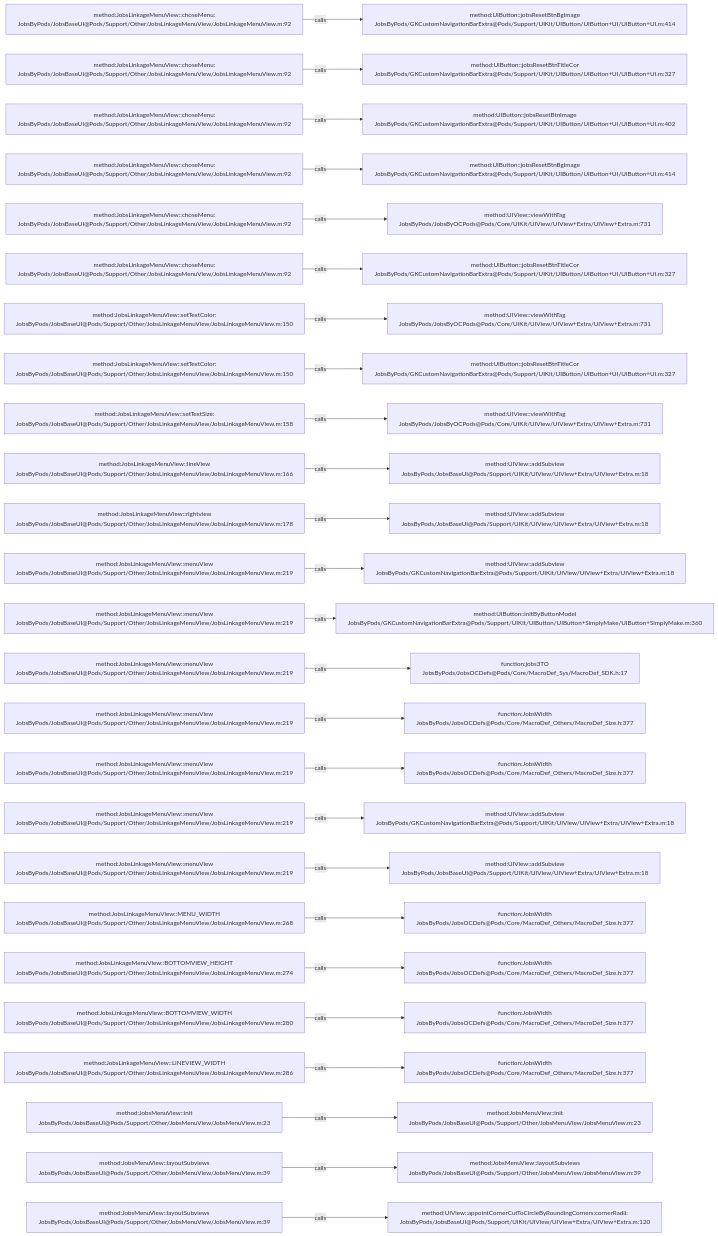
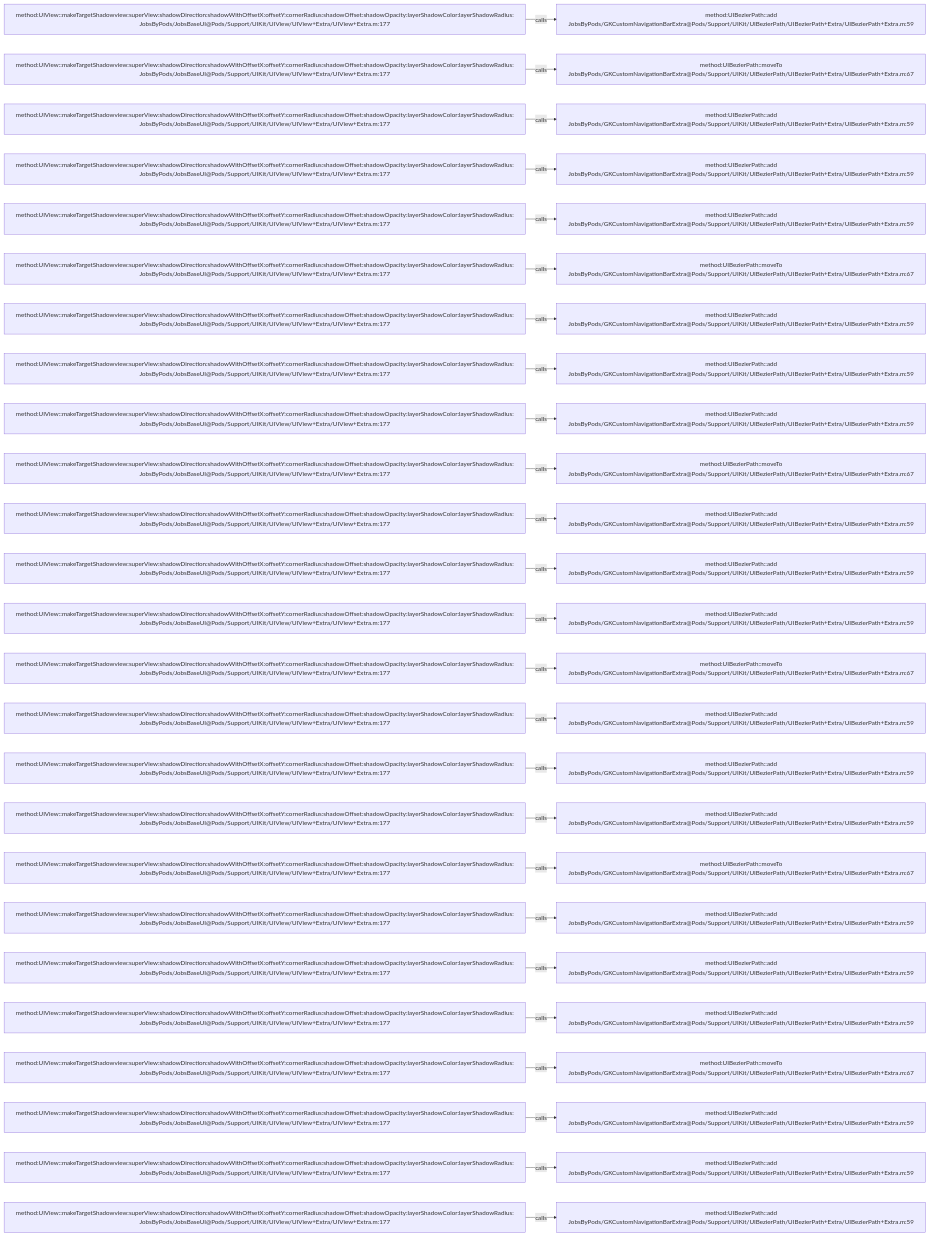
Before and after one commit to JobsKits/JobsOCBaseConfigDemo: the diagram in .codegraph/codegraph.md/graphs/calls-047.md, drawn with Mermaid. The commit also changed 1026 other files, not shown here.

````diff
--- a/.codegraph/codegraph.md/graphs/calls-047.md
+++ b/.codegraph/codegraph.md/graphs/calls-047.md
@@ -13,78 +13,78 @@
 ```mermaid
 flowchart LR
-  S1["method:JobsLinkageMenuView::choseMenu:<br/>JobsByPods/JobsBaseUI@Pods/Support/Other/JobsLinkageMenuView/JobsLinkageMenuView.m:92"]
-  T1["method:UIButton::jobsResetBtnBgImage<br/>JobsByPods/GKCustomNavigationBarExtra@Pods/Support/UIKit/UIButton/UIButton+UI/UIButton+UI.m:414"]
+  S1["method:UIView::makeTargetShadowview:superView:shadowDirection:shadowWithOffsetX:offsetY:cornerRadius:shadowOffset:shadowOpacity:layerShadowColor:layerShadowRadius:<br/>JobsByPods/JobsBaseUI@Pods/Support/UIKit/UIView/UIView+Extra/UIView+Extra.m:177"]
+  T1["method:UIBezierPath::add<br/>JobsByPods/GKCustomNavigationBarExtra@Pods/Support/UIKit/UIBezierPath/UIBezierPath+Extra/UIBezierPath+Extra.m:59"]
   S1 -->|calls| T1
-  S2["method:JobsLinkageMenuView::choseMenu:<br/>JobsByPods/JobsBaseUI@Pods/Support/Other/JobsLinkageMenuView/JobsLinkageMenuView.m:92"]
-  T2["method:UIButton::jobsResetBtnTitleCor<br/>JobsByPods/GKCustomNavigationBarExtra@Pods/Support/UIKit/UIButton/UIButton+UI/UIButton+UI.m:327"]
+  S2["method:UIView::makeTargetShadowview:superView:shadowDirection:shadowWithOffsetX:offsetY:cornerRadius:shadowOffset:shadowOpacity:layerShadowColor:layerShadowRadius:<br/>JobsByPods/JobsBaseUI@Pods/Support/UIKit/UIView/UIView+Extra/UIView+Extra.m:177"]
+  T2["method:UIBezierPath::moveTo<br/>JobsByPods/GKCustomNavigationBarExtra@Pods/Support/UIKit/UIBezierPath/UIBezierPath+Extra/UIBezierPath+Extra.m:67"]
   S2 -->|calls| T2
-  S3["method:JobsLinkageMenuView::choseMenu:<br/>JobsByPods/JobsBaseUI@Pods/Support/Other/JobsLinkageMenuView/JobsLinkageMenuView.m:92"]
-  T3["method:UIButton::jobsResetBtnImage<br/>JobsByPods/GKCustomNavigationBarExtra@Pods/Support/UIKit/UIButton/UIButton+UI/UIButton+UI.m:402"]
+  S3["method:UIView::makeTargetShadowview:superView:shadowDirection:shadowWithOffsetX:offsetY:cornerRadius:shadowOffset:shadowOpacity:layerShadowColor:layerShadowRadius:<br/>JobsByPods/JobsBaseUI@Pods/Support/UIKit/UIView/UIView+Extra/UIView+Extra.m:177"]
+  T3["method:UIBezierPath::add<br/>JobsByPods/GKCustomNavigationBarExtra@Pods/Support/UIKit/UIBezierPath/UIBezierPath+Extra/UIBezierPath+Extra.m:59"]
   S3 -->|calls| T3
-  S4["method:JobsLinkageMenuView::choseMenu:<br/>JobsByPods/JobsBaseUI@Pods/Support/Other/JobsLinkageMenuView/JobsLinkageMenuView.m:92"]
-  T4["method:UIButton::jobsResetBtnBgImage<br/>JobsByPods/GKCustomNavigationBarExtra@Pods/Support/UIKit/UIButton/UIButton+UI/UIButton+UI.m:414"]
+  S4["method:UIView::makeTargetShadowview:superView:shadowDirection:shadowWithOffsetX:offsetY:cornerRadius:shadowOffset:shadowOpacity:layerShadowColor:layerShadowRadius:<br/>JobsByPods/JobsBaseUI@Pods/Support/UIKit/UIView/UIView+Extra/UIView+Extra.m:177"]
+  T4["method:UIBezierPath::add<br/>JobsByPods/GKCustomNavigationBarExtra@Pods/Support/UIKit/UIBezierPath/UIBezierPath+Extra/UIBezierPath+Extra.m:59"]
   S4 -->|calls| T4
-  S5["method:JobsLinkageMenuView::choseMenu:<br/>JobsByPods/JobsBaseUI@Pods/Support/Other/JobsLinkageMenuView/JobsLinkageMenuView.m:92"]
-  T5["method:UIView::viewWithTag<br/>JobsByPods/JobsByOCPods@Pods/Core/UIKit/UIView/UIView+Extra/UIView+Extra.m:731"]
+  S5["method:UIView::makeTargetShadowview:superView:shadowDirection:shadowWithOffsetX:offsetY:cornerRadius:shadowOffset:shadowOpacity:layerShadowColor:layerShadowRadius:<br/>JobsByPods/JobsBaseUI@Pods/Support/UIKit/UIView/UIView+Extra/UIView+Extra.m:177"]
+  T5["method:UIBezierPath::add<br/>JobsByPods/GKCustomNavigationBarExtra@Pods/Support/UIKit/UIBezierPath/UIBezierPath+Extra/UIBezierPath+Extra.m:59"]
   S5 -->|calls| T5
-  S6["method:JobsLinkageMenuView::choseMenu:<br/>JobsByPods/JobsBaseUI@Pods/Support/Other/JobsLinkageMenuView/JobsLinkageMenuView.m:92"]
-  T6["method:UIButton::jobsResetBtnTitleCor<br/>JobsByPods/GKCustomNavigationBarExtra@Pods/Support/UIKit/UIButton/UIButton+UI/UIButton+UI.m:327"]
+  S6["method:UIView::makeTargetShadowview:superView:shadowDirection:shadowWithOffsetX:offsetY:cornerRadius:shadowOffset:shadowOpacity:layerShadowColor:layerShadowRadius:<br/>JobsByPods/JobsBaseUI@Pods/Support/UIKit/UIView/UIView+Extra/UIView+Extra.m:177"]
+  T6["method:UIBezierPath::moveTo<br/>JobsByPods/GKCustomNavigationBarExtra@Pods/Support/UIKit/UIBezierPath/UIBezierPath+Extra/UIBezierPath+Extra.m:67"]
   S6 -->|calls| T6
-  S7["method:JobsLinkageMenuView::setTextColor:<br/>JobsByPods/JobsBaseUI@Pods/Support/Other/JobsLinkageMenuView/JobsLinkageMenuView.m:150"]
-  T7["method:UIView::viewWithTag<br/>JobsByPods/JobsByOCPods@Pods/Core/UIKit/UIView/UIView+Extra/UIView+Extra.m:731"]
+  S7["method:UIView::makeTargetShadowview:superView:shadowDirection:shadowWithOffsetX:offsetY:cornerRadius:shadowOffset:shadowOpacity:layerShadowColor:layerShadowRadius:<br/>JobsByPods/JobsBaseUI@Pods/Support/UIKit/UIView/UIView+Extra/UIView+Extra.m:177"]
+  T7["method:UIBezierPath::add<br/>JobsByPods/GKCustomNavigationBarExtra@Pods/Support/UIKit/UIBezierPath/UIBezierPath+Extra/UIBezierPath+Extra.m:59"]
   S7 -->|calls| T7
-  S8["method:JobsLinkageMenuView::setTextColor:<br/>JobsByPods/JobsBaseUI@Pods/Support/Other/JobsLinkageMenuView/JobsLinkageMenuView.m:150"]
-  T8["method:UIButton::jobsResetBtnTitleCor<br/>JobsByPods/GKCustomNavigationBarExtra@Pods/Support/UIKit/UIButton/UIButton+UI/UIButton+UI.m:327"]
+  S8["method:UIView::makeTargetShadowview:superView:shadowDirection:shadowWithOffsetX:offsetY:cornerRadius:shadowOffset:shadowOpacity:layerShadowColor:layerShadowRadius:<br/>JobsByPods/JobsBaseUI@Pods/Support/UIKit/UIView/UIView+Extra/UIView+Extra.m:177"]
+  T8["method:UIBezierPath::add<br/>JobsByPods/GKCustomNavigationBarExtra@Pods/Support/UIKit/UIBezierPath/UIBezierPath+Extra/UIBezierPath+Extra.m:59"]
   S8 -->|calls| T8
-  S9["method:JobsLinkageMenuView::setTextSize:<br/>JobsByPods/JobsBaseUI@Pods/Support/Other/JobsLinkageMenuView/JobsLinkageMenuView.m:158"]
-  T9["method:UIView::viewWithTag<br/>JobsByPods/JobsByOCPods@Pods/Core/UIKit/UIView/UIView+Extra/UIView+Extra.m:731"]
+  S9["method:UIView::makeTargetShadowview:superView:shadowDirection:shadowWithOffsetX:offsetY:cornerRadius:shadowOffset:shadowOpacity:layerShadowColor:layerShadowRadius:<br/>JobsByPods/JobsBaseUI@Pods/Support/UIKit/UIView/UIView+Extra/UIView+Extra.m:177"]
+  T9["method:UIBezierPath::add<br/>JobsByPods/GKCustomNavigationBarExtra@Pods/Support/UIKit/UIBezierPath/UIBezierPath+Extra/UIBezierPath+Extra.m:59"]
   S9 -->|calls| T9
-  S10["method:JobsLinkageMenuView::lineView<br/>JobsByPods/JobsBaseUI@Pods/Support/Other/JobsLinkageMenuView/JobsLinkageMenuView.m:166"]
-  T10["method:UIView::addSubview<br/>JobsByPods/JobsBaseUI@Pods/Support/UIKit/UIView/UIView+Extra/UIView+Extra.m:18"]
+  S10["method:UIView::makeTargetShadowview:superView:shadowDirection:shadowWithOffsetX:offsetY:cornerRadius:shadowOffset:shadowOpacity:layerShadowColor:layerShadowRadius:<br/>JobsByPods/JobsBaseUI@Pods/Support/UIKit/UIView/UIView+Extra/UIView+Extra.m:177"]
+  T10["method:UIBezierPath::moveTo<br/>JobsByPods/GKCustomNavigationBarExtra@Pods/Support/UIKit/UIBezierPath/UIBezierPath+Extra/UIBezierPath+Extra.m:67"]
   S10 -->|calls| T10
-  S11["method:JobsLinkageMenuView::rightview<br/>JobsByPods/JobsBaseUI@Pods/Support/Other/JobsLinkageMenuView/JobsLinkageMenuView.m:178"]
-  T11["method:UIView::addSubview<br/>JobsByPods/JobsBaseUI@Pods/Support/UIKit/UIView/UIView+Extra/UIView+Extra.m:18"]
+  S11["method:UIView::makeTargetShadowview:superView:shadowDirection:shadowWithOffsetX:offsetY:cornerRadius:shadowOffset:shadowOpacity:layerShadowColor:layerShadowRadius:<br/>JobsByPods/JobsBaseUI@Pods/Support/UIKit/UIView/UIView+Extra/UIView+Extra.m:177"]
+  T11["method:UIBezierPath::add<br/>JobsByPods/GKCustomNavigationBarExtra@Pods/Support/UIKit/UIBezierPath/UIBezierPath+Extra/UIBezierPath+Extra.m:59"]
   S11 -->|calls| T11
-  S12["method:JobsLinkageMenuView::menuView<br/>JobsByPods/JobsBaseUI@Pods/Support/Other/JobsLinkageMenuView/JobsLinkageMenuView.m:219"]
-  T12["method:UIView::addSubview<br/>JobsByPods/GKCustomNavigationBarExtra@Pods/Support/UIKit/UIView/UIView+Extra/UIView+Extra.m:18"]
+  S12["method:UIView::makeTargetShadowview:superView:shadowDirection:shadowWithOffsetX:offsetY:cornerRadius:shadowOffset:shadowOpacity:layerShadowColor:layerShadowRadius:<br/>JobsByPods/JobsBaseUI@Pods/Support/UIKit/UIView/UIView+Extra/UIView+Extra.m:177"]
+  T12["method:UIBezierPath::add<br/>JobsByPods/GKCustomNavigationBarExtra@Pods/Support/UIKit/UIBezierPath/UIBezierPath+Extra/UIBezierPath+Extra.m:59"]
   S12 -->|calls| T12
-  S13["method:JobsLinkageMenuView::menuView<br/>JobsByPods/JobsBaseUI@Pods/Support/Other/JobsLinkageMenuView/JobsLinkageMenuView.m:219"]
-  T13["method:UIButton::initByButtonModel<br/>JobsByPods/GKCustomNavigationBarExtra@Pods/Support/UIKit/UIButton/UIButton+SimplyMake/UIButton+SimplyMake.m:360"]
+  S13["method:UIView::makeTargetShadowview:superView:shadowDirection:shadowWithOffsetX:offsetY:cornerRadius:shadowOffset:shadowOpacity:layerShadowColor:layerShadowRadius:<br/>JobsByPods/JobsBaseUI@Pods/Support/UIKit/UIView/UIView+Extra/UIView+Extra.m:177"]
+  T13["method:UIBezierPath::add<br/>JobsByPods/GKCustomNavigationBarExtra@Pods/Support/UIKit/UIBezierPath/UIBezierPath+Extra/UIBezierPath+Extra.m:59"]
   S13 -->|calls| T13
-  S14["method:JobsLinkageMenuView::menuView<br/>JobsByPods/JobsBaseUI@Pods/Support/Other/JobsLinkageMenuView/JobsLinkageMenuView.m:219"]
-  T14["function:jobs3TO<br/>JobsByPods/JobsOCDefs@Pods/Core/MacroDef_Sys/MacroDef_SDK.h:17"]
+  S14["method:UIView::makeTargetShadowview:superView:shadowDirection:shadowWithOffsetX:offsetY:cornerRadius:shadowOffset:shadowOpacity:layerShadowColor:layerShadowRadius:<br/>JobsByPods/JobsBaseUI@Pods/Support/UIKit/UIView/UIView+Extra/UIView+Extra.m:177"]
+  T14["method:UIBezierPath::moveTo<br/>JobsByPods/GKCustomNavigationBarExtra@Pods/Support/UIKit/UIBezierPath/UIBezierPath+Extra/UIBezierPath+Extra.m:67"]
   S14 -->|calls| T14
-  S15["method:JobsLinkageMenuView::menuView<br/>JobsByPods/JobsBaseUI@Pods/Support/Other/JobsLinkageMenuView/JobsLinkageMenuView.m:219"]
-  T15["function:JobsWidth<br/>JobsByPods/JobsOCDefs@Pods/Core/MacroDef_Others/MacroDef_Size.h:377"]
+  S15["method:UIView::makeTargetShadowview:superView:shadowDirection:shadowWithOffsetX:offsetY:cornerRadius:shadowOffset:shadowOpacity:layerShadowColor:layerShadowRadius:<br/>JobsByPods/JobsBaseUI@Pods/Support/UIKit/UIView/UIView+Extra/UIView+Extra.m:177"]
+  T15["method:UIBezierPath::add<br/>JobsByPods/GKCustomNavigationBarExtra@Pods/Support/UIKit/UIBezierPath/UIBezierPath+Extra/UIBezierPath+Extra.m:59"]
   S15 -->|calls| T15
-  S16["method:JobsLinkageMenuView::menuView<br/>JobsByPods/JobsBaseUI@Pods/Support/Other/JobsLinkageMenuView/JobsLinkageMenuView.m:219"]
-  T16["function:JobsWidth<br/>JobsByPods/JobsOCDefs@Pods/Core/MacroDef_Others/MacroDef_Size.h:377"]
+  S16["method:UIView::makeTargetShadowview:superView:shadowDirection:shadowWithOffsetX:offsetY:cornerRadius:shadowOffset:shadowOpacity:layerShadowColor:layerShadowRadius:<br/>JobsByPods/JobsBaseUI@Pods/Support/UIKit/UIView/UIView+Extra/UIView+Extra.m:177"]
+  T16["method:UIBezierPath::add<br/>JobsByPods/GKCustomNavigationBarExtra@Pods/Support/UIKit/UIBezierPath/UIBezierPath+Extra/UIBezierPath+Extra.m:59"]
   S16 -->|calls| T16
-  S17["method:JobsLinkageMenuView::menuView<br/>JobsByPods/JobsBaseUI@Pods/Support/Other/JobsLinkageMenuView/JobsLinkageMenuView.m:219"]
-  T17["method:UIView::addSubview<br/>JobsByPods/GKCustomNavigationBarExtra@Pods/Support/UIKit/UIView/UIView+Extra/UIView+Extra.m:18"]
+  S17["method:UIView::makeTargetShadowview:superView:shadowDirection:shadowWithOffsetX:offsetY:cornerRadius:shadowOffset:shadowOpacity:layerShadowColor:layerShadowRadius:<br/>JobsByPods/JobsBaseUI@Pods/Support/UIKit/UIView/UIView+Extra/UIView+Extra.m:177"]
+  T17["method:UIBezierPath::add<br/>JobsByPods/GKCustomNavigationBarExtra@Pods/Support/UIKit/UIBezierPath/UIBezierPath+Extra/UIBezierPath+Extra.m:59"]
   S17 -->|calls| T17
-  S18["method:JobsLinkageMenuView::menuView<br/>JobsByPods/JobsBaseUI@Pods/Support/Other/JobsLinkageMenuView/JobsLinkageMenuView.m:219"]
-  T18["method:UIView::addSubview<br/>JobsByPods/JobsBaseUI@Pods/Support/UIKit/UIView/UIView+Extra/UIView+Extra.m:18"]
+  S18["method:UIView::makeTargetShadowview:superView:shadowDirection:shadowWithOffsetX:offsetY:cornerRadius:shadowOffset:shadowOpacity:layerShadowColor:layerShadowRadius:<br/>JobsByPods/JobsBaseUI@Pods/Support/UIKit/UIView/UIView+Extra/UIView+Extra.m:177"]
+  T18["method:UIBezierPath::moveTo<br/>JobsByPods/GKCustomNavigationBarExtra@Pods/Support/UIKit/UIBezierPath/UIBezierPath+Extra/UIBezierPath+Extra.m:67"]
   S18 -->|calls| T18
-  S19["method:JobsLinkageMenuView::MENU_WIDTH<br/>JobsByPods/JobsBaseUI@Pods/Support/Other/JobsLinkageMenuView/JobsLinkageMenuView.m:268"]
-  T19["function:JobsWidth<br/>JobsByPods/JobsOCDefs@Pods/Core/MacroDef_Others/MacroDef_Size.h:377"]
+  S19["method:UIView::makeTargetShadowview:superView:shadowDirection:shadowWithOffsetX:offsetY:cornerRadius:shadowOffset:shadowOpacity:layerShadowColor:layerShadowRadius:<br/>JobsByPods/JobsBaseUI@Pods/Support/UIKit/UIView/UIView+Extra/UIView+Extra.m:177"]
+  T19["method:UIBezierPath::add<br/>JobsByPods/GKCustomNavigationBarExtra@Pods/Support/UIKit/UIBezierPath/UIBezierPath+Extra/UIBezierPath+Extra.m:59"]
   S19 -->|calls| T19
-  S20["method:JobsLinkageMenuView::BOTTOMVIEW_HEIGHT<br/>JobsByPods/JobsBaseUI@Pods/Support/Other/JobsLinkageMenuView/JobsLinkageMenuView.m:274"]
-  T20["function:JobsWidth<br/>JobsByPods/JobsOCDefs@Pods/Core/MacroDef_Others/MacroDef_Size.h:377"]
+  S20["method:UIView::makeTargetShadowview:superView:shadowDirection:shadowWithOffsetX:offsetY:cornerRadius:shadowOffset:shadowOpacity:layerShadowColor:layerShadowRadius:<br/>JobsByPods/JobsBaseUI@Pods/Support/UIKit/UIView/UIView+Extra/UIView+Extra.m:177"]
+  T20["method:UIBezierPath::add<br/>JobsByPods/GKCustomNavigationBarExtra@Pods/Support/UIKit/UIBezierPath/UIBezierPath+Extra/UIBezierPath+Extra.m:59"]
   S20 -->|calls| T20
-  S21["method:JobsLinkageMenuView::BOTTOMVIEW_WIDTH<br/>JobsByPods/JobsBaseUI@Pods/Support/Other/JobsLinkageMenuView/JobsLinkageMenuView.m:280"]
-  T21["function:JobsWidth<br/>JobsByPods/JobsOCDefs@Pods/Core/MacroDef_Others/MacroDef_Size.h:377"]
+  S21["method:UIView::makeTargetShadowview:superView:shadowDirection:shadowWithOffsetX:offsetY:cornerRadius:shadowOffset:shadowOpacity:layerShadowColor:layerShadowRadius:<br/>JobsByPods/JobsBaseUI@Pods/Support/UIKit/UIView/UIView+Extra/UIView+Extra.m:177"]
+  T21["method:UIBezierPath::add<br/>JobsByPods/GKCustomNavigationBarExtra@Pods/Support/UIKit/UIBezierPath/UIBezierPath+Extra/UIBezierPath+Extra.m:59"]
   S21 -->|calls| T21
-  S22["method:JobsLinkageMenuView::LINEVIEW_WIDTH<br/>JobsByPods/JobsBaseUI@Pods/Support/Other/JobsLinkageMenuView/JobsLinkageMenuView.m:286"]
-  T22["function:JobsWidth<br/>JobsByPods/JobsOCDefs@Pods/Core/MacroDef_Others/MacroDef_Size.h:377"]
+  S22["method:UIView::makeTargetShadowview:superView:shadowDirection:shadowWithOffsetX:offsetY:cornerRadius:shadowOffset:shadowOpacity:layerShadowColor:layerShadowRadius:<br/>JobsByPods/JobsBaseUI@Pods/Support/UIKit/UIView/UIView+Extra/UIView+Extra.m:177"]
+  T22["method:UIBezierPath::moveTo<br/>JobsByPods/GKCustomNavigationBarExtra@Pods/Support/UIKit/UIBezierPath/UIBezierPath+Extra/UIBezierPath+Extra.m:67"]
   S22 -->|calls| T22
-  S23["method:JobsMenuView::init<br/>JobsByPods/JobsBaseUI@Pods/Support/Other/JobsMenuView/JobsMenuView.m:23"]
-  T23["method:JobsMenuView::init<br/>JobsByPods/JobsBaseUI@Pods/Support/Other/JobsMenuView/JobsMenuView.m:23"]
+  S23["method:UIView::makeTargetShadowview:superView:shadowDirection:shadowWithOffsetX:offsetY:cornerRadius:shadowOffset:shadowOpacity:layerShadowColor:layerShadowRadius:<br/>JobsByPods/JobsBaseUI@Pods/Support/UIKit/UIView/UIView+Extra/UIView+Extra.m:177"]
+  T23["method:UIBezierPath::add<br/>JobsByPods/GKCustomNavigationBarExtra@Pods/Support/UIKit/UIBezierPath/UIBezierPath+Extra/UIBezierPath+Extra.m:59"]
   S23 -->|calls| T23
-  S24["method:JobsMenuView::layoutSubviews<br/>JobsByPods/JobsBaseUI@Pods/Support/Other/JobsMenuView/JobsMenuView.m:39"]
-  T24["method:JobsMenuView::layoutSubviews<br/>JobsByPods/JobsBaseUI@Pods/Support/Other/JobsMenuView/JobsMenuView.m:39"]
+  S24["method:UIView::makeTargetShadowview:superView:shadowDirection:shadowWithOffsetX:offsetY:cornerRadius:shadowOffset:shadowOpacity:layerShadowColor:layerShadowRadius:<br/>JobsByPods/JobsBaseUI@Pods/Support/UIKit/UIView/UIView+Extra/UIView+Extra.m:177"]
+  T24["method:UIBezierPath::add<br/>JobsByPods/GKCustomNavigationBarExtra@Pods/Support/UIKit/UIBezierPath/UIBezierPath+Extra/UIBezierPath+Extra.m:59"]
   S24 -->|calls| T24
-  S25["method:JobsMenuView::layoutSubviews<br/>JobsByPods/JobsBaseUI@Pods/Support/Other/JobsMenuView/JobsMenuView.m:39"]
-  T25["method:UIView::appointCornerCutToCircleByRoundingCorners:cornerRadii:<br/>JobsByPods/JobsBaseUI@Pods/Support/UIKit/UIView/UIView+Extra/UIView+Extra.m:120"]
+  S25["method:UIView::makeTargetShadowview:superView:shadowDirection:shadowWithOffsetX:offsetY:cornerRadius:shadowOffset:shadowOpacity:layerShadowColor:layerShadowRadius:<br/>JobsByPods/JobsBaseUI@Pods/Support/UIKit/UIView/UIView+Extra/UIView+Extra.m:177"]
+  T25["method:UIBezierPath::add<br/>JobsByPods/GKCustomNavigationBarExtra@Pods/Support/UIKit/UIBezierPath/UIBezierPath+Extra/UIBezierPath+Extra.m:59"]
   S25 -->|calls| T25
 ```
````
